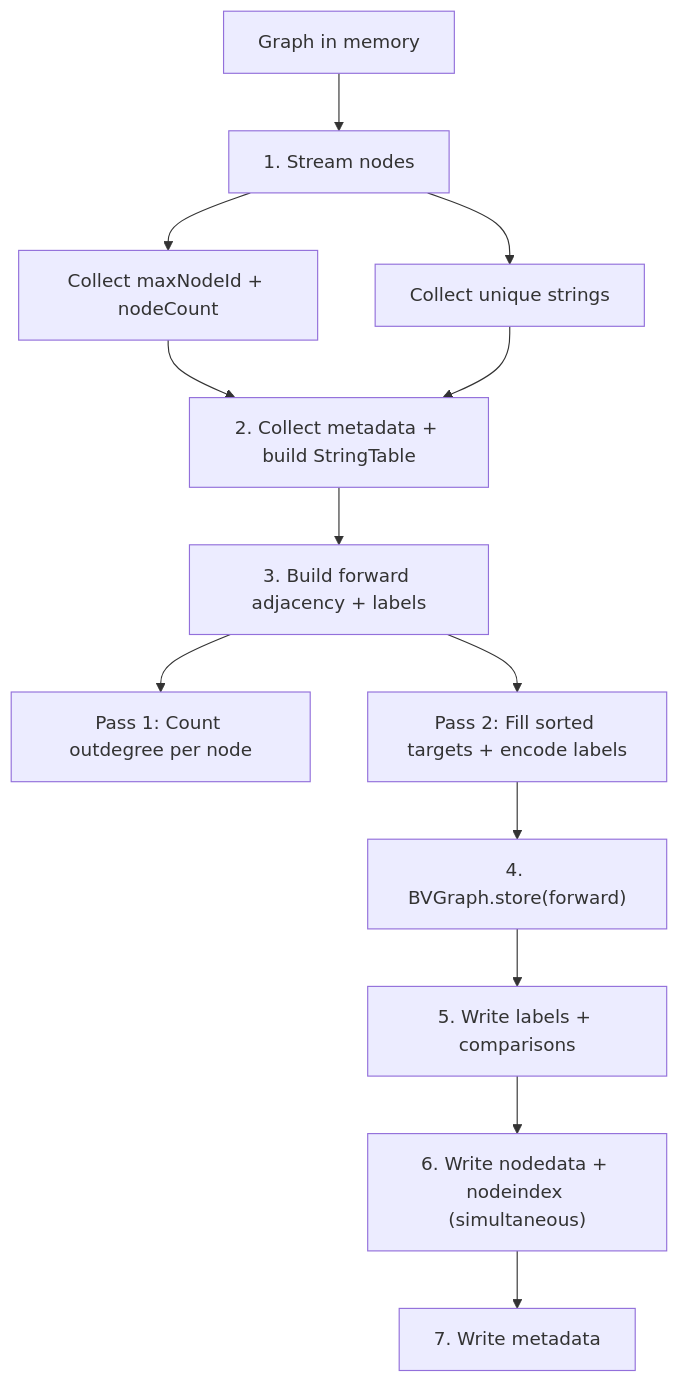
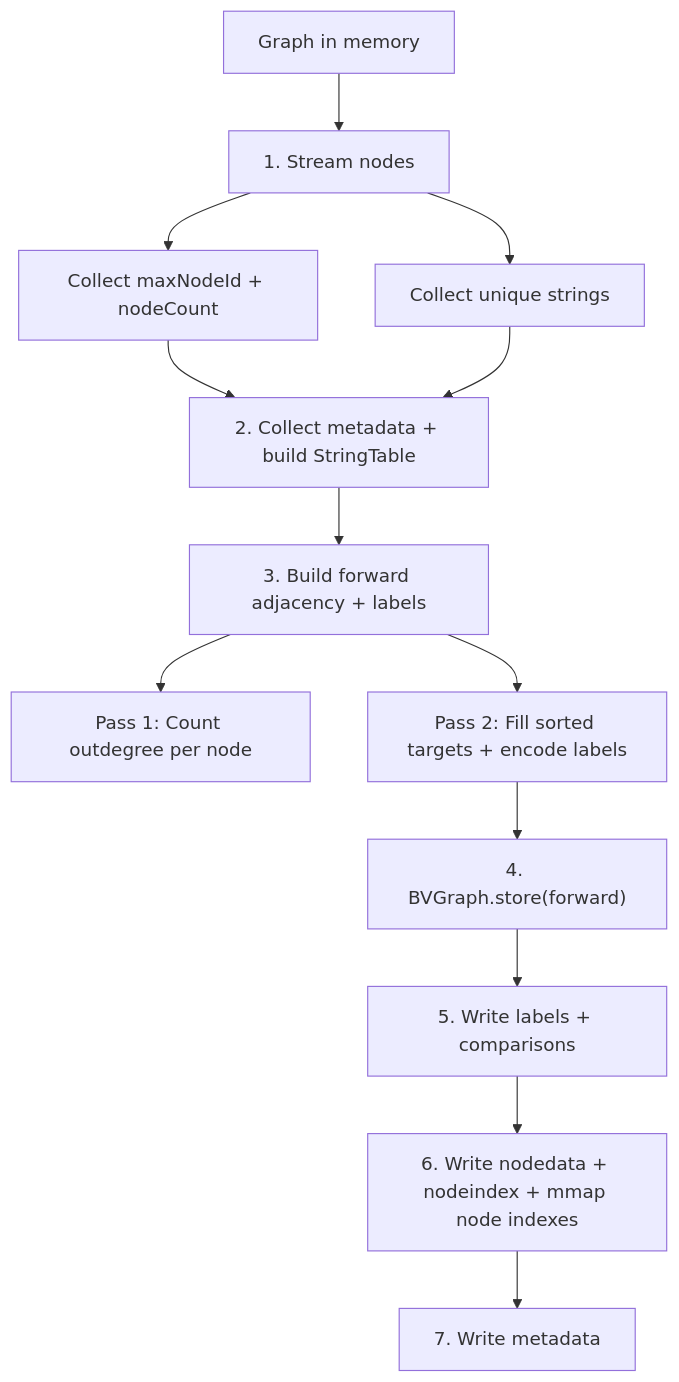
One commit to johnsonlee/graphite changed the first of 2 diagrams in docs/webgraph-storage.md. Above: the diagram before and after it, drawn with Mermaid. The commit also changed other lines of this file and 7 other files, not shown here.

Commit message:
Map persisted node indexes

````diff
--- a/docs/webgraph-storage.md
+++ b/docs/webgraph-storage.md
@@ -61,14 +67,14 @@
 ```mermaid
 graph TD
     A[Graph in memory] --> B[1. Stream nodes]
     B --> B1[Collect maxNodeId + nodeCount]
     B --> B2[Collect unique strings]
     B1 & B2 --> C[2. Collect metadata + build StringTable]
     C --> D["3. Build forward adjacency + labels"]
     D --> D1["Pass 1: Count outdegree per node"]
     D --> D2["Pass 2: Fill sorted targets + encode labels"]
     D2 --> E["4. BVGraph.store(forward)"]
     E --> F[5. Write labels + comparisons]
-    F --> G["6. Write nodedata + nodeindex (simultaneous)"]
+    F --> G["6. Write nodedata + nodeindex + mmap node indexes"]
     G --> H[7. Write metadata]
 ```
````
